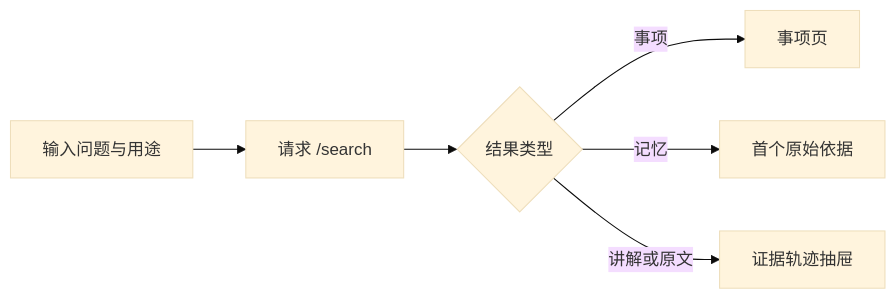
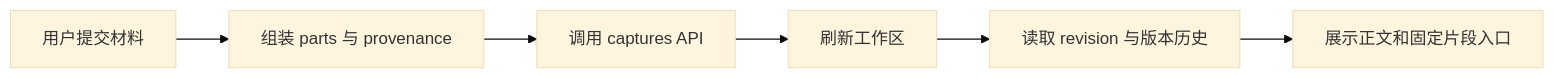
The diagram in .repo-review/knowledge/articles/da0e264957572bf35832a2327ed88508c6913c8ffb0323e87898adcffe262642.md (lejunyang/omem), drawn with Mermaid (base theme) before and after one commit. The commit also changed other lines of this file and 13 other files, not shown here.

````diff
--- a/.repo-review/knowledge/articles/da0e264957572bf35832a2327ed88508c6913c8ffb0323e87898adcffe262642.md
+++ b/.repo-review/knowledge/articles/da0e264957572bf35832a2327ed88508c6913c8ffb0323e87898adcffe262642.md
@@ -19,8 +24,8 @@
 ```mermaid
 flowchart LR
-  A[输入问题与用途] --> B[请求 /search]
-  B --> C{结果类型}
-  C -->|事项| D[事项页]
-  C -->|记忆| E[首个原始依据]
-  C -->|讲解或原文| F[证据轨迹抽屉]
+  A[用户提交材料] --> B[组装 parts 与 provenance]
+  B --> C[调用 captures API]
+  C --> D[刷新工作区]
+  D --> E[读取 revision 与版本历史]
+  E --> F[展示正文和固定片段入口]
 ```
````
